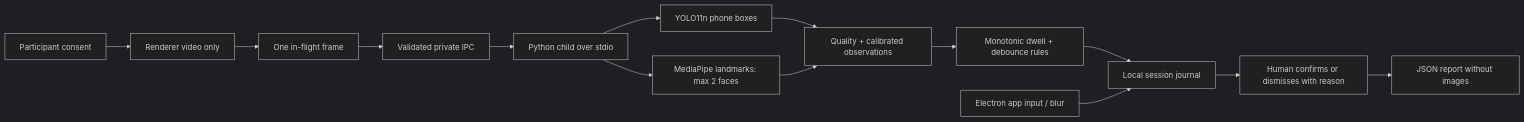
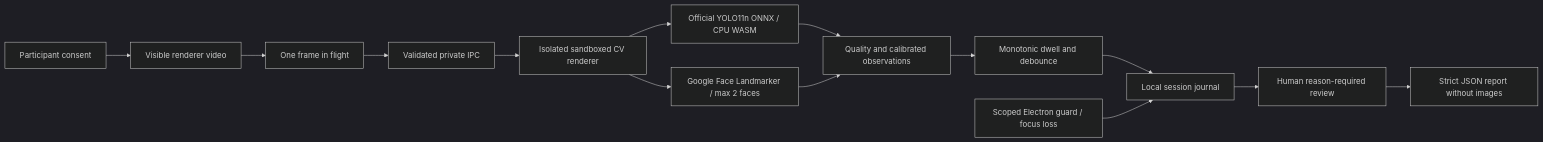
The diagram in docs/ARCHITECTURE.md (seoshiro/ayqyn-local), drawn with Mermaid (dark theme) before and after one commit. The commit also changed other lines of this file and 43 other files, not shown here.

Commit message:
Replace blocked Python runtime with official local WASM inference and audit fixes

````diff
--- a/docs/ARCHITECTURE.md
+++ b/docs/ARCHITECTURE.md
@@ -5,16 +5,16 @@
 ```mermaid
 flowchart LR
-    Consent[Participant consent] --> Camera[Renderer video only]
-    Camera --> Latest[One in-flight frame]
+    Consent[Participant consent] --> Camera[Visible renderer video]
+    Camera --> Latest[One frame in flight]
     Latest --> IPC[Validated private IPC]
-    IPC --> Worker[Python child over stdio]
-    Worker --> YOLO[YOLO11n phone boxes]
-    Worker --> Face[MediaPipe landmarks: max 2 faces]
-    YOLO --> Quality[Quality + calibrated observations]
+    IPC --> Host[Isolated sandboxed CV renderer]
+    Host --> YOLO[Official YOLO11n ONNX / CPU WASM]
+    Host --> Face[Google Face Landmarker / max 2 faces]
+    YOLO --> Quality[Quality and calibrated observations]
     Face --> Quality
-    Quality --> Rules[Monotonic dwell + debounce rules]
+    Quality --> Rules[Monotonic dwell and debounce]
     Rules --> Journal[Local session journal]
-    Guard[Electron app input / blur] --> Journal
-    Journal --> Review[Human confirms or dismisses with reason]
-    Review --> Export[JSON report without images]
+    Guard[Scoped Electron guard / focus loss] --> Journal
+    Journal --> Review[Human reason-required review]
+    Review --> Export[Strict JSON report without images]
 ```
````
